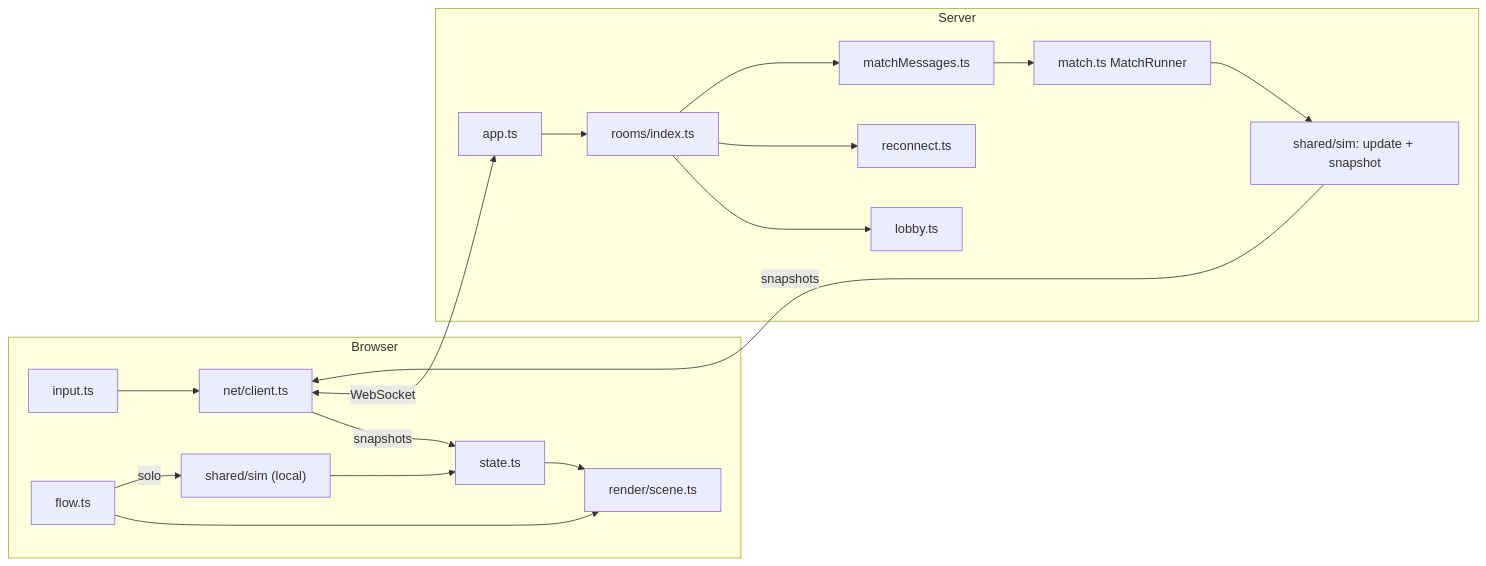
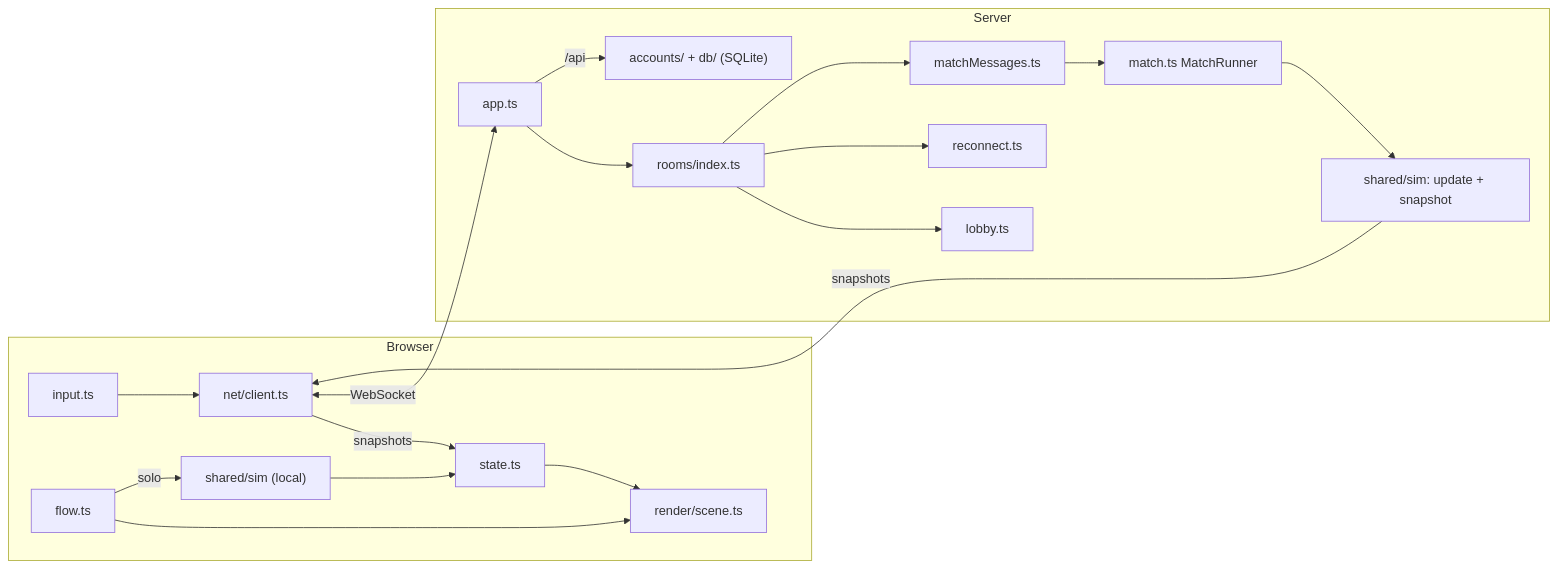
One commit to marksjprogamedev/arcane-duel changed the diagram in README.md. Above: the diagram before and after it, drawn with Mermaid. The commit also changed other lines of this file and 10 other files, not shown here.

````diff
--- a/README.md
+++ b/README.md
@@ -72,21 +87,22 @@
 ```mermaid
 flowchart LR
   subgraph Browser
     IN["input.ts"] --> NC["net/client.ts"]
     NC -->|snapshots| ST["state.ts"]
     ST --> SC["render/scene.ts"]
     FL["flow.ts"] --> SC
     FL -->|solo| CS["shared/sim (local)"]
     CS --> ST
   end
   subgraph Server
     APP["app.ts"] --> RI["rooms/index.ts"]
+    APP -->|/api| AC["accounts/ + db/ (SQLite)"]
     RI --> RL["lobby.ts"]
     RI --> RR["reconnect.ts"]
     RI --> RM["matchMessages.ts"]
     RM --> MR["match.ts MatchRunner"]
     MR --> SS["shared/sim: update + snapshot"]
   end
   NC <-->|WebSocket| APP
   SS -->|snapshots| NC
 ```
````
